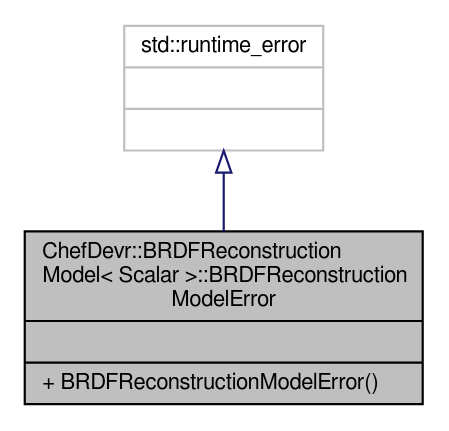
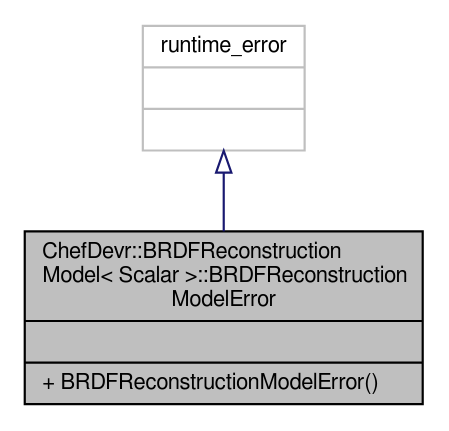
Before and after one commit to bsella/brdf: the diagram in docs/class_chef_devr_1_1_b_r_d_f_reconstruction_model_1_1_b_r_d_f_reconstruction_model_error__inherit__graph.dot, drawn with Graphviz. The commit also changed 80 other files, not shown here.

```diff
--- a/docs/class_chef_devr_1_1_b_r_d_f_reconstruction_model_1_1_b_r_d_f_reconstruction_model_error__inherit__graph.dot
+++ b/docs/class_chef_devr_1_1_b_r_d_f_reconstruction_model_1_1_b_r_d_f_reconstruction_model_error__inherit__graph.dot
@@ -1,9 +1,9 @@
 digraph "ChefDevr::BRDFReconstructionModel&lt; Scalar &gt;::BRDFReconstructionModelError"
 {
  // LATEX_PDF_SIZE
   edge [fontname="FreeSans",fontsize="10",labelfontname="FreeSans",labelfontsize="10"];
   node [fontname="FreeSans",fontsize="10",shape=record];
   Node0 [label="{ChefDevr::BRDFReconstruction\lModel\< Scalar \>::BRDFReconstruction\lModelError\n||+ BRDFReconstructionModelError()\l}",height=0.2,width=0.4,color="black", fillcolor="grey75", style="filled", fontcolor="black",tooltip=" "];
   Node1 -> Node0 [dir="back",color="midnightblue",fontsize="10",style="solid",arrowtail="onormal",fontname="FreeSans"];
-  Node1 [label="{std::runtime_error\n||}",height=0.2,width=0.4,color="grey75", fillcolor="white", style="filled",tooltip=" "];
+  Node1 [label="{runtime_error\n||}",height=0.2,width=0.4,color="grey75", fillcolor="white", style="filled",tooltip=" "];
 }
```
